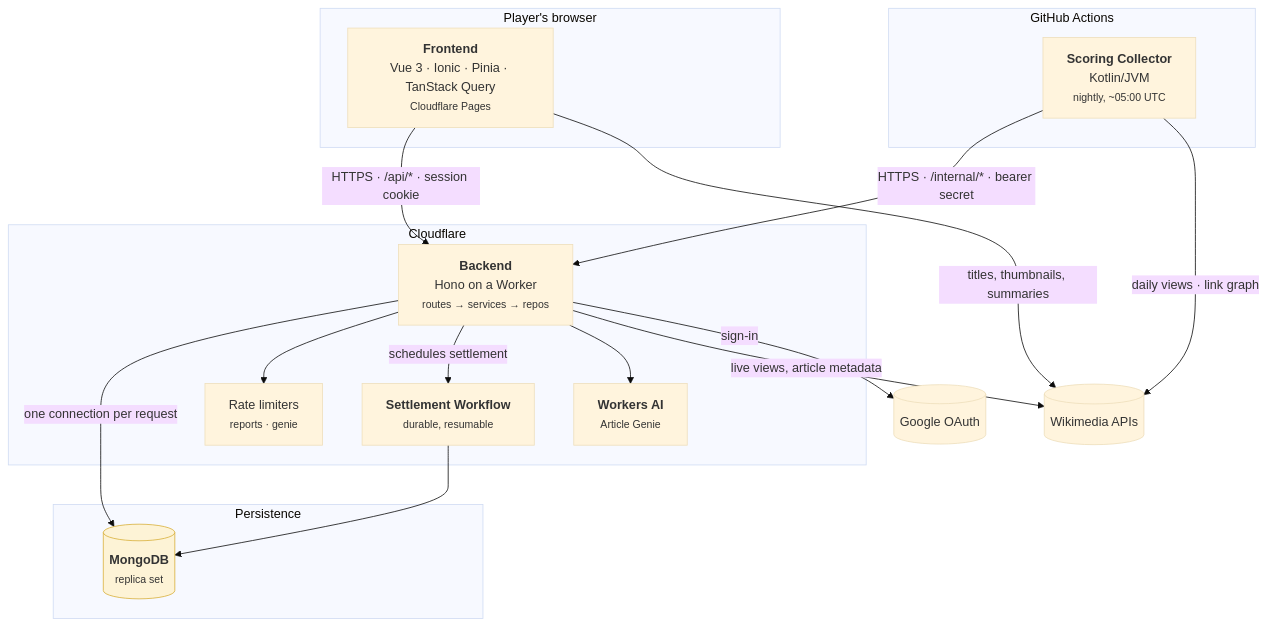
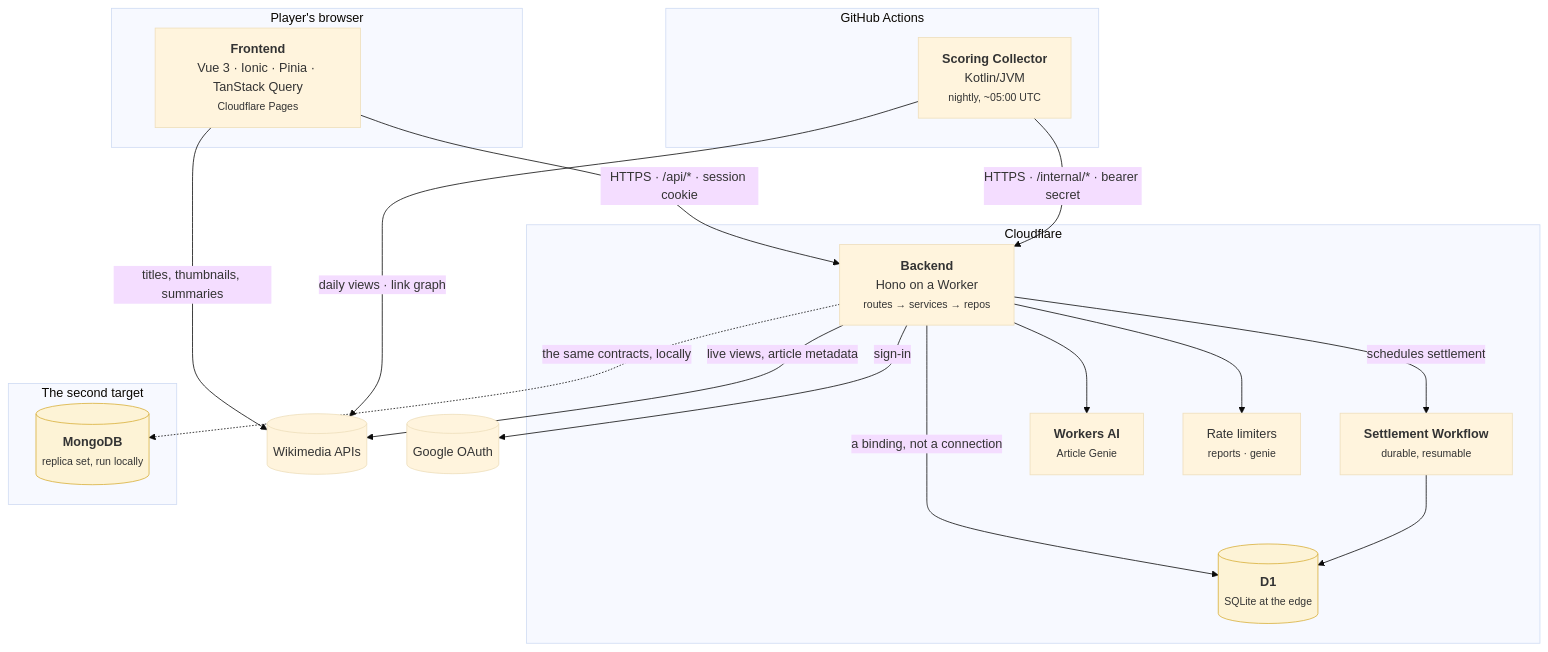
Before and after one commit to FantasyWiki/FantasyWiki: the second of 4 diagrams in docs/site/pages/architecture/index.md, drawn with Mermaid (base theme). The commit also changed other lines of this file and 30 other files, not shown here.

````diff
--- a/docs/site/pages/architecture/index.md
+++ b/docs/site/pages/architecture/index.md
@@ -43,39 +43,41 @@
 ```mermaid
 flowchart TB
   subgraph Browser["Player's browser"]
     FE["<b>Frontend</b><br/>Vue 3 · Ionic · Pinia · TanStack Query<br/><small>Cloudflare Pages</small>"]
   end
 
   subgraph CF["Cloudflare"]
     BE["<b>Backend</b><br/>Hono on a Worker<br/><small>routes → services → repos</small>"]
     WF["<b>Settlement Workflow</b><br/><small>durable, resumable</small>"]
     AI["<b>Workers AI</b><br/><small>Article Genie</small>"]
     RL["Rate limiters<br/><small>reports · genie</small>"]
+    DB[("<b>D1</b><br/><small>SQLite at the edge</small>")]
   end
 
-  subgraph ST["Persistence"]
-    DB[("<b>MongoDB</b><br/><small>replica set</small>")]
+  subgraph ST["The second target"]
+    MG[("<b>MongoDB</b><br/><small>replica set, run locally</small>")]
   end
 
   subgraph GHA["GitHub Actions"]
     COL["<b>Scoring Collector</b><br/>Kotlin/JVM<br/><small>nightly, ~05:00 UTC</small>"]
   end
 
   WM[("Wikimedia APIs")]
   GO[("Google OAuth")]
 
   FE -->|"HTTPS · /api/* · session cookie"| BE
   FE -->|"titles, thumbnails, summaries"| WM
-  BE -->|"one connection per request"| DB
+  BE -->|"a binding, not a connection"| DB
+  BE -.->|"the same contracts, locally"| MG
   BE --> RL
   BE -->|"schedules settlement"| WF
   WF --> DB
   BE --> AI
   BE -->|"live views, article metadata"| WM
   BE -->|"sign-in"| GO
   COL -->|"HTTPS · /internal/* · bearer secret"| BE
   COL -->|"daily views · link graph"| WM
 
   classDef store fill:#fdf3d6,stroke:#d8b03a;
-  class DB store;
+  class DB,MG store;
 ```
````
